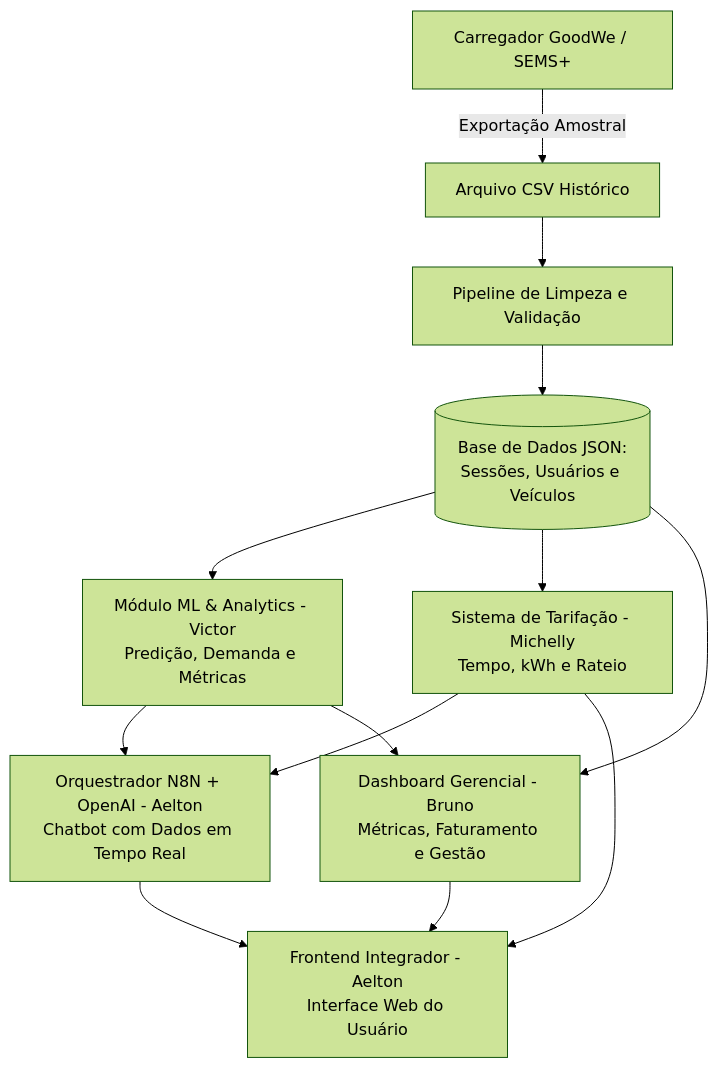
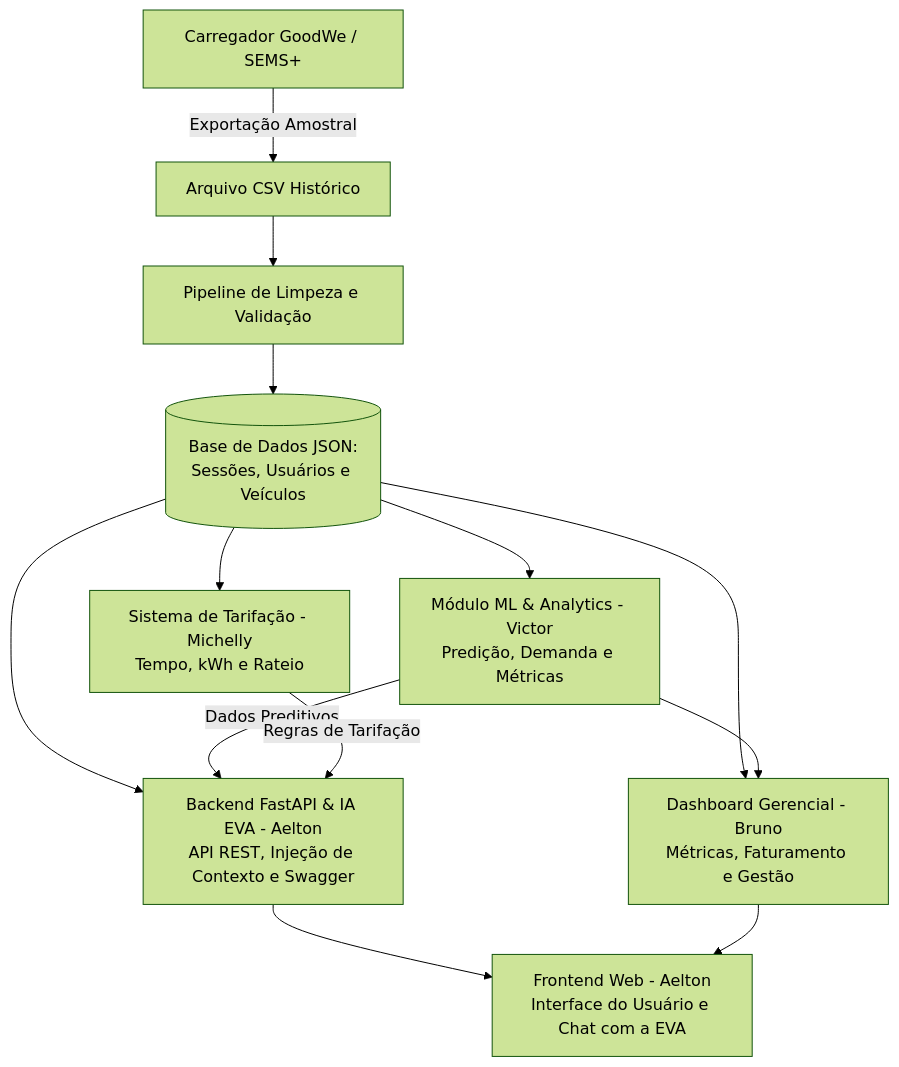
Before and after one commit to DevLounge-FIAP/EV_ChargeOps: the diagram in docs/Decisões Sprint 2.md, drawn with Mermaid (forest theme). The commit also changed other lines of this file and 19 other files, not shown here.

Commit message:
feat: implement backend API routes, AI EVA service, billing, and frontend UI for EV ChargeOps

````diff
--- a/docs/Decisões Sprint 2.md
+++ b/docs/Decisões Sprint 2.md
@@ -85,19 +91,19 @@
 ```mermaid
 flowchart TD
     GW[Carregador GoodWe / SEMS+] -->|Exportação Amostral| CSV[Arquivo CSV Histórico]
     CSV --> CLEAN[Pipeline de Limpeza e Validação]
     CLEAN --> JSON[(Base de Dados JSON:\nSessões, Usuários e Veículos)]
 
     JSON --> ML[Módulo ML & Analytics - Victor\nPredição, Demanda e Métricas]
     JSON --> PAY[Sistema de Tarifação - Michelly\nTempo, kWh e Rateio]
 
-    ML --> N8N[Orquestrador N8N + OpenAI - Aelton\nChatbot com Dados em Tempo Real]
-    PAY --> N8N
+    JSON --> BACK[Backend FastAPI & IA EVA - Aelton\nAPI REST, Injeção de Contexto e Swagger]
+    ML -->|Dados Preditivos| BACK
+    PAY -->|Regras de Tarifação| BACK
 
     JSON --> DASH[Dashboard Gerencial - Bruno\nMétricas, Faturamento e Gestão]
     ML --> DASH
 
-    N8N --> FRONT[Frontend Integrador - Aelton\nInterface Web do Usuário]
-    PAY --> FRONT
+    BACK --> FRONT[Frontend Web - Aelton\nInterface do Usuário e Chat com a EVA]
     DASH --> FRONT
 ```
````
